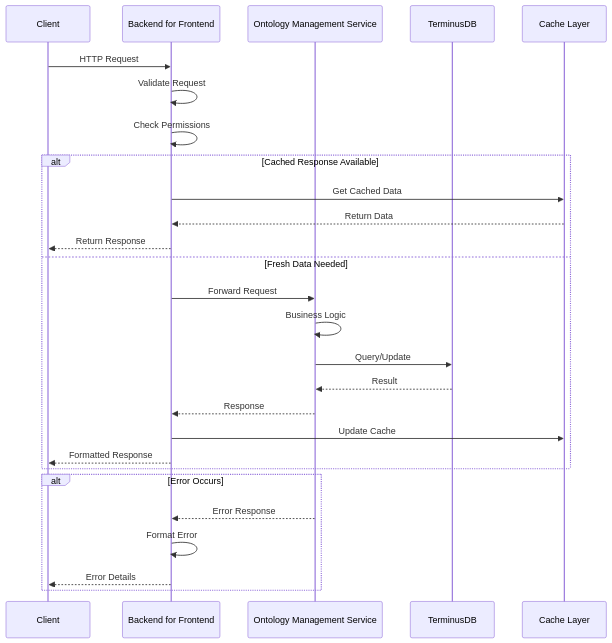
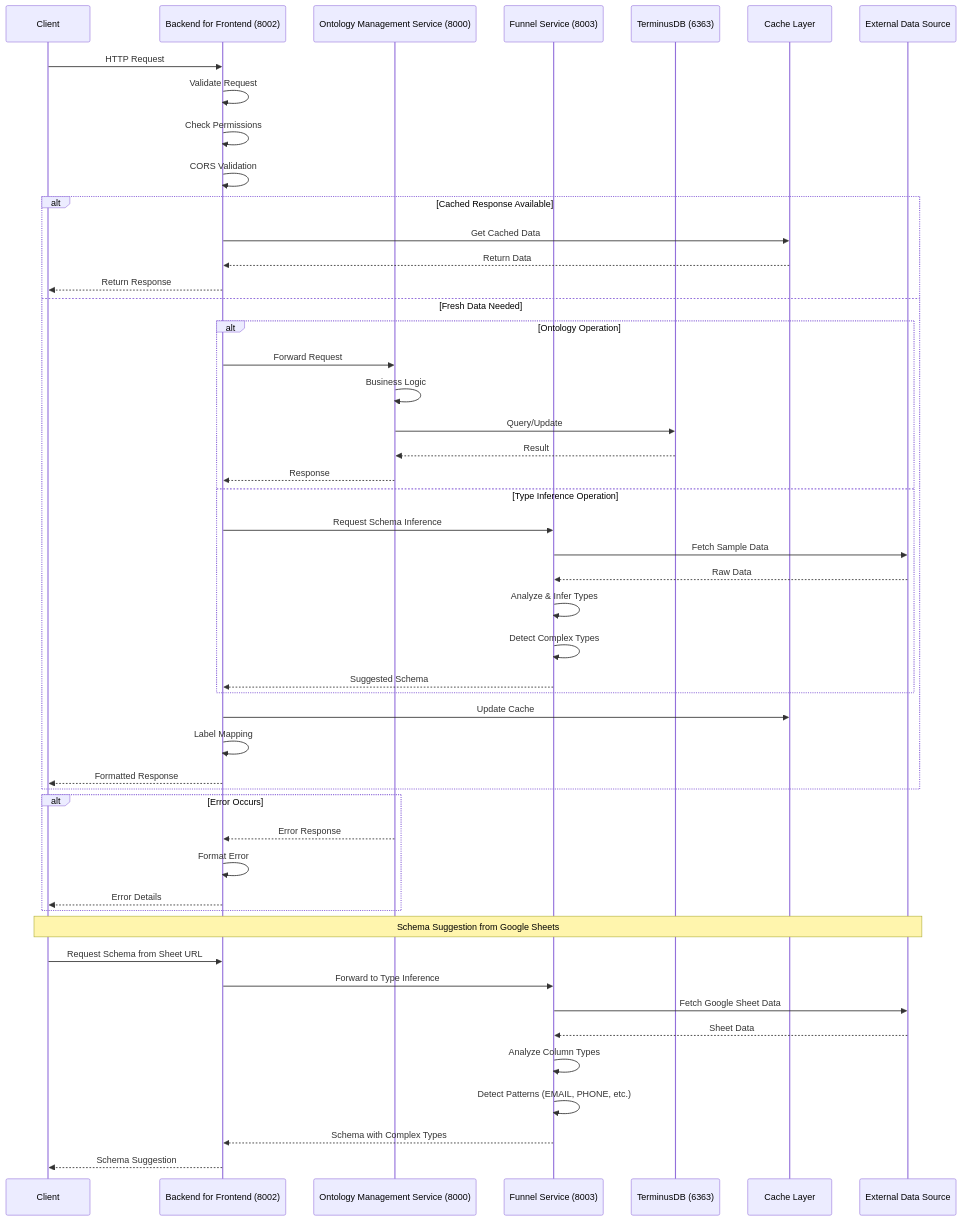
Before and after one commit to ludia8888/SPICE-Harvester: the diagram in docs/architecture/service_interactions.mmd, drawn with Mermaid. The commit also changed 331 other files, not shown here.

```diff
--- a/docs/architecture/service_interactions.mmd
+++ b/docs/architecture/service_interactions.mmd
@@ -1,34 +1,59 @@
 sequenceDiagram
     %% Service Interaction Flow
+    %% Last Updated: 2025-07-20
     
     participant Client
-    participant BFF as Backend for Frontend
-    participant OMS as Ontology Management Service
-    participant DB as TerminusDB
+    participant BFF as Backend for Frontend (8002)
+    participant OMS as Ontology Management Service (8000)
+    participant Funnel as Funnel Service (8003)
+    participant DB as TerminusDB (6363)
     participant Cache as Cache Layer
+    participant ExtData as External Data Source
     
     %% Standard Request Flow
     Client->>BFF: HTTP Request
     BFF->>BFF: Validate Request
     BFF->>BFF: Check Permissions
+    BFF->>BFF: CORS Validation
     
     alt Cached Response Available
         BFF->>Cache: Get Cached Data
         Cache-->>BFF: Return Data
         BFF-->>Client: Return Response
     else Fresh Data Needed
-        BFF->>OMS: Forward Request
-        OMS->>OMS: Business Logic
-        OMS->>DB: Query/Update
-        DB-->>OMS: Result
-        OMS-->>BFF: Response
+        alt Ontology Operation
+            BFF->>OMS: Forward Request
+            OMS->>OMS: Business Logic
+            OMS->>DB: Query/Update
+            DB-->>OMS: Result
+            OMS-->>BFF: Response
+        else Type Inference Operation
+            BFF->>Funnel: Request Schema Inference
+            Funnel->>ExtData: Fetch Sample Data
+            ExtData-->>Funnel: Raw Data
+            Funnel->>Funnel: Analyze & Infer Types
+            Funnel->>Funnel: Detect Complex Types
+            Funnel-->>BFF: Suggested Schema
+        end
         BFF->>Cache: Update Cache
+        BFF->>BFF: Label Mapping
         BFF-->>Client: Formatted Response
     end
     
     %% Error Handling
     alt Error Occurs
         OMS-->>BFF: Error Response
         BFF->>BFF: Format Error
         BFF-->>Client: Error Details
     end
+    
+    %% Schema Suggestion Flow
+    note over Client,ExtData: Schema Suggestion from Google Sheets
+    Client->>BFF: Request Schema from Sheet URL
+    BFF->>Funnel: Forward to Type Inference
+    Funnel->>ExtData: Fetch Google Sheet Data
+    ExtData-->>Funnel: Sheet Data
+    Funnel->>Funnel: Analyze Column Types
+    Funnel->>Funnel: Detect Patterns (EMAIL, PHONE, etc.)
+    Funnel-->>BFF: Schema with Complex Types
+    BFF-->>Client: Schema Suggestion
```
